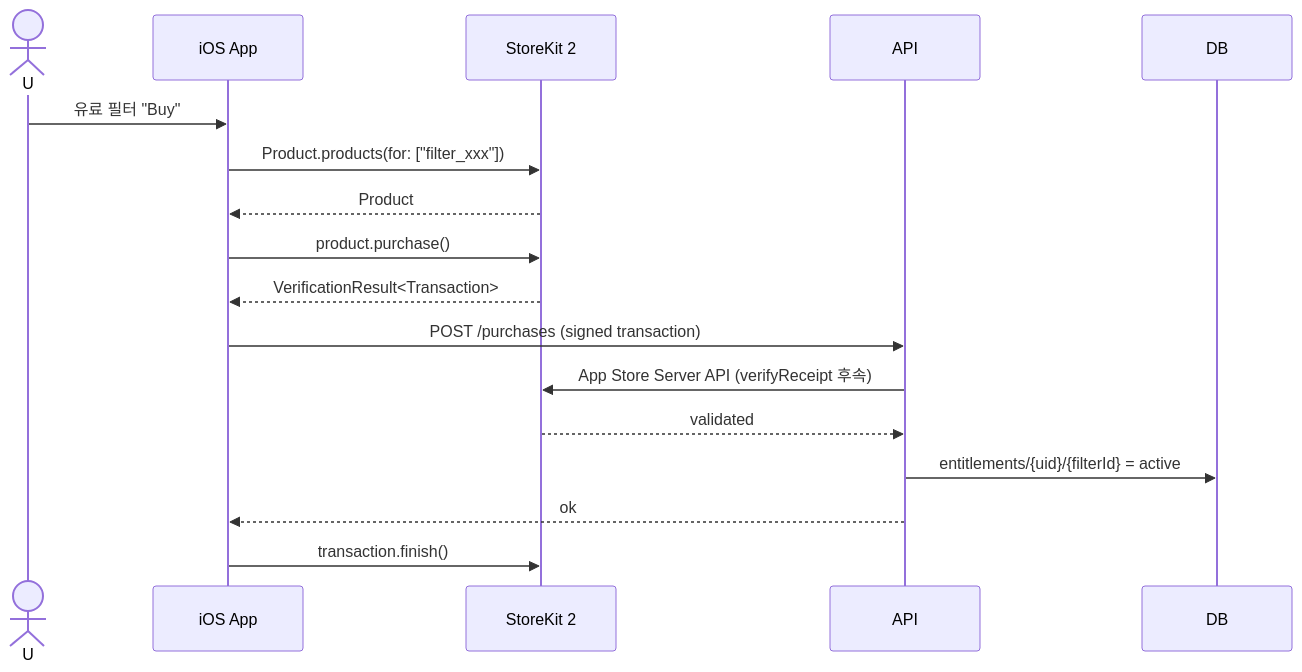
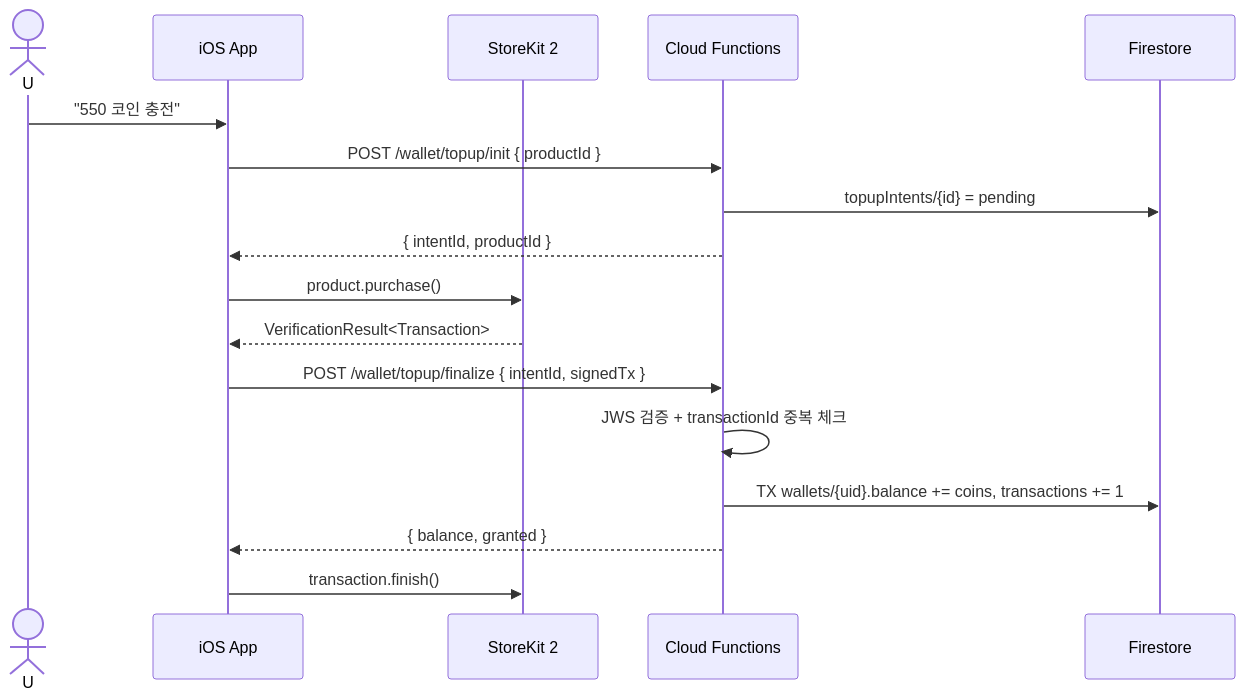
Before and after one commit to jayl2kor/filter-market: the fifth of 7 diagrams in docs/SYSTEM_DESIGN.md, drawn with Mermaid. The commit also changed other lines of this file and 67 other files, not shown here.

````diff
--- a/docs/SYSTEM_DESIGN.md
+++ b/docs/SYSTEM_DESIGN.md
@@ -394,20 +397,20 @@
 ```mermaid
 sequenceDiagram
     actor U
     participant App as iOS App
     participant SK as StoreKit 2
-    participant API
-    participant DB
+    participant API as Cloud Functions
+    participant DB as Firestore
 
-    U->>App: 유료 필터 "Buy"
-    App->>SK: Product.products(for: ["filter_xxx"])
-    SK-->>App: Product
+    U->>App: "550 코인 충전"
+    App->>API: POST /wallet/topup/init { productId }
+    API->>DB: topupIntents/{id} = pending
+    API-->>App: { intentId, productId }
     App->>SK: product.purchase()
     SK-->>App: VerificationResult<Transaction>
-    App->>API: POST /purchases (signed transaction)
-    API->>SK: App Store Server API (verifyReceipt 후속)
-    SK-->>API: validated
-    API->>DB: entitlements/{uid}/{filterId} = active
-    API-->>App: ok
+    App->>API: POST /wallet/topup/finalize { intentId, signedTx }
+    API->>API: JWS 검증 + transactionId 중복 체크
+    API->>DB: TX wallets/{uid}.balance += coins, transactions += 1
+    API-->>App: { balance, granted }
     App->>SK: transaction.finish()
 ```
````
